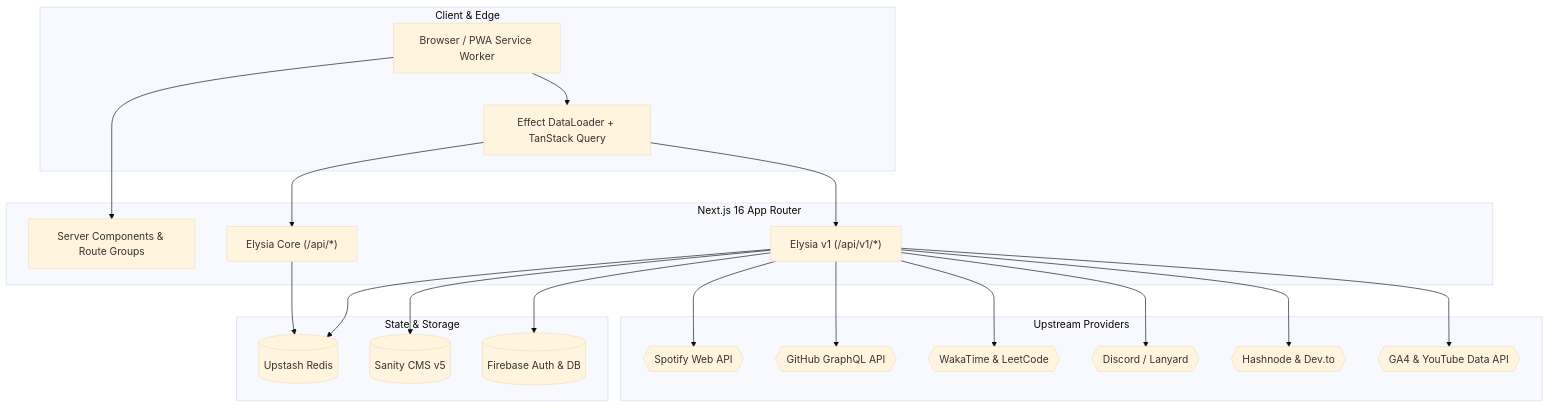
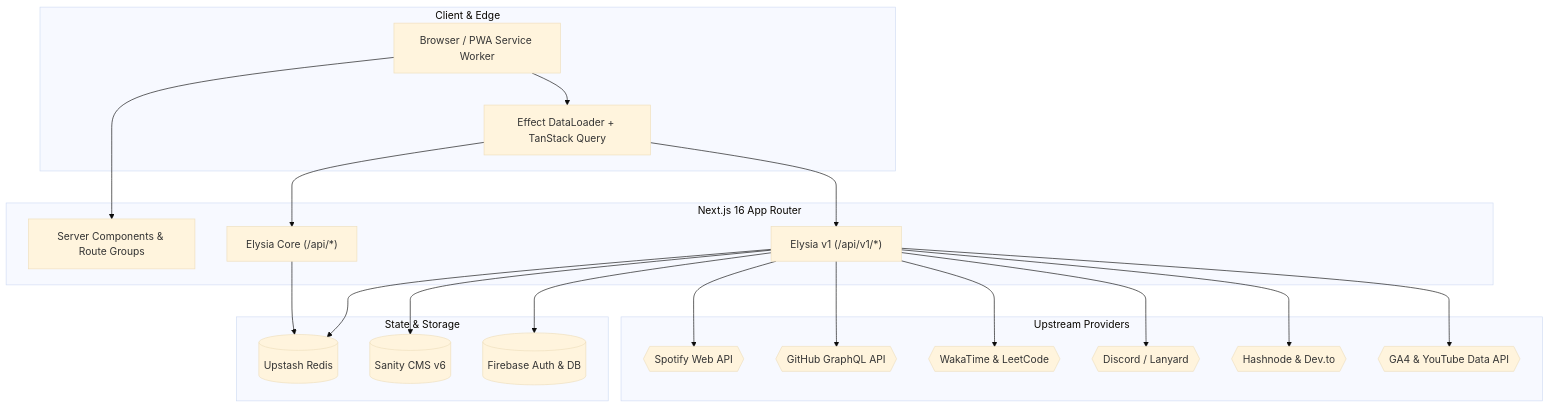
Before and after one commit to WomB0ComB0/portfolio: the diagram in README.md, drawn with Mermaid (base theme). The commit also changed other lines of this file and 10 other files, not shown here.

````diff
--- a/README.md
+++ b/README.md
@@ -55,43 +55,43 @@
 ```mermaid
 graph TD
     subgraph "Client & Edge"
         Browser["Browser / PWA Service Worker"]
         DataLoader["Effect DataLoader + TanStack Query"]
     end
 
     subgraph "Next.js 16 App Router"
         RSC["Server Components & Route Groups"]
         CoreAPI["Elysia Core (/api/*)"]
         V1API["Elysia v1 (/api/v1/*)"]
     end
 
     subgraph "State & Storage"
         Upstash[("Upstash Redis")]
-        Sanity[("Sanity CMS v5")]
+        Sanity[("Sanity CMS v6")]
         Firebase[("Firebase Auth & DB")]
     end
 
     subgraph "Upstream Providers"
         Spotify{{"Spotify Web API"}}
         GitHub{{"GitHub GraphQL API"}}
         WakaTime{{"WakaTime & LeetCode"}}
         Lanyard{{"Discord / Lanyard"}}
         Writing{{"Hashnode & Dev.to"}}
         Google{{"GA4 & YouTube Data API"}}
     end
 
     Browser --> RSC
     Browser --> DataLoader
     DataLoader --> CoreAPI
     DataLoader --> V1API
     CoreAPI --> Upstash
     V1API --> Upstash
     V1API --> Sanity
     V1API --> Firebase
     V1API --> Spotify
     V1API --> GitHub
     V1API --> WakaTime
     V1API --> Lanyard
     V1API --> Writing
     V1API --> Google
 ```
````
